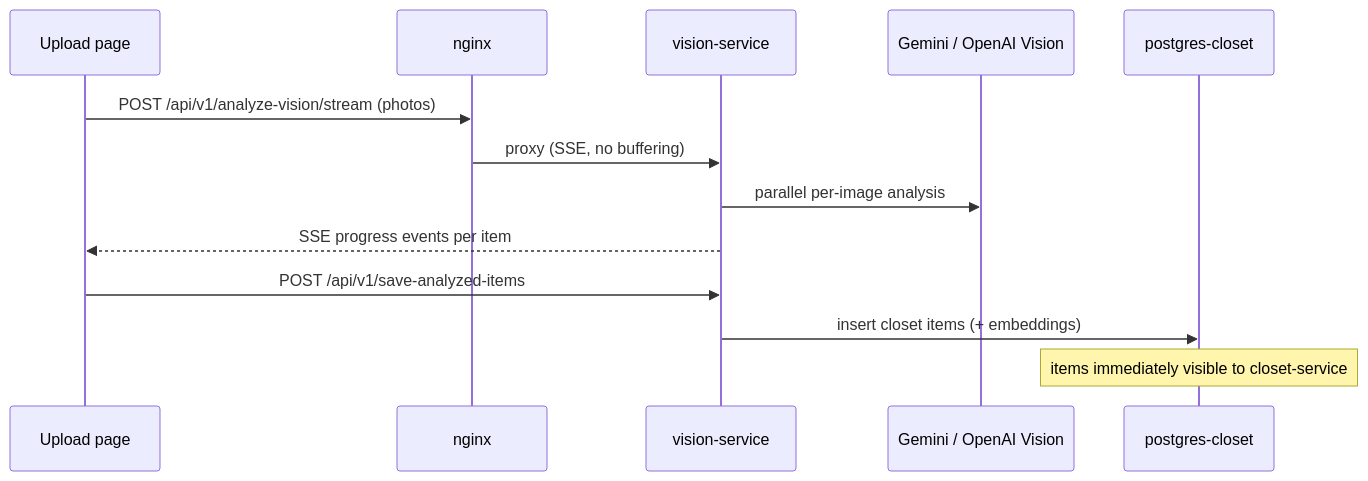
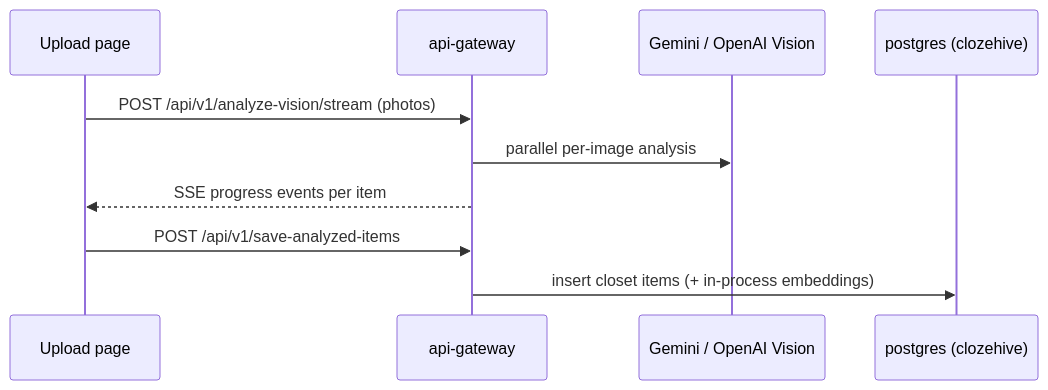
The fourth of 6 diagrams in docs/SERVICES.md (phanidhar09/clozehive), drawn with Mermaid before and after one commit. The commit also changed other lines of this file and 167 other files, not shown here.

````diff
--- a/docs/SERVICES.md
+++ b/docs/SERVICES.md
@@ -268,15 +291,12 @@
 ```mermaid
 sequenceDiagram
     participant FE as Upload page
-    participant N as nginx
-    participant VS as vision-service
+    participant GW as api-gateway
     participant LLM as Gemini / OpenAI Vision
-    participant DBC as postgres-closet
-    FE->>N: POST /api/v1/analyze-vision/stream (photos)
-    N->>VS: proxy (SSE, no buffering)
-    VS->>LLM: parallel per-image analysis
-    VS-->>FE: SSE progress events per item
-    FE->>VS: POST /api/v1/save-analyzed-items
-    VS->>DBC: insert closet items (+ embeddings)
-    Note over DBC: items immediately visible to closet-service
+    participant DB as postgres (clozehive)
+    FE->>GW: POST /api/v1/analyze-vision/stream (photos)
+    GW->>LLM: parallel per-image analysis
+    GW-->>FE: SSE progress events per item
+    FE->>GW: POST /api/v1/save-analyzed-items
+    GW->>DB: insert closet items (+ in-process embeddings)
 ```
````
